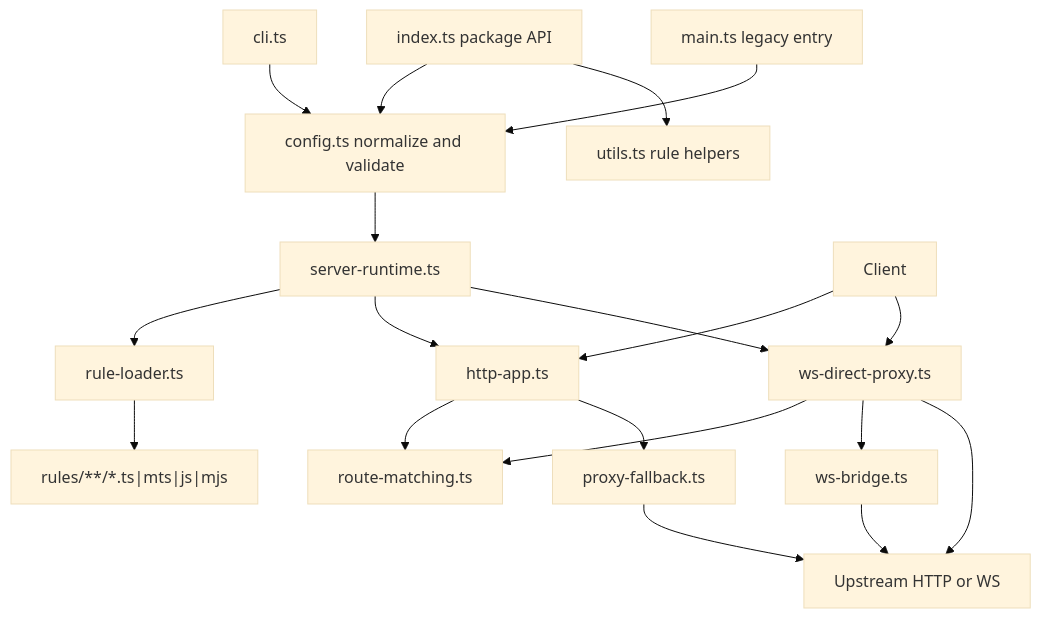
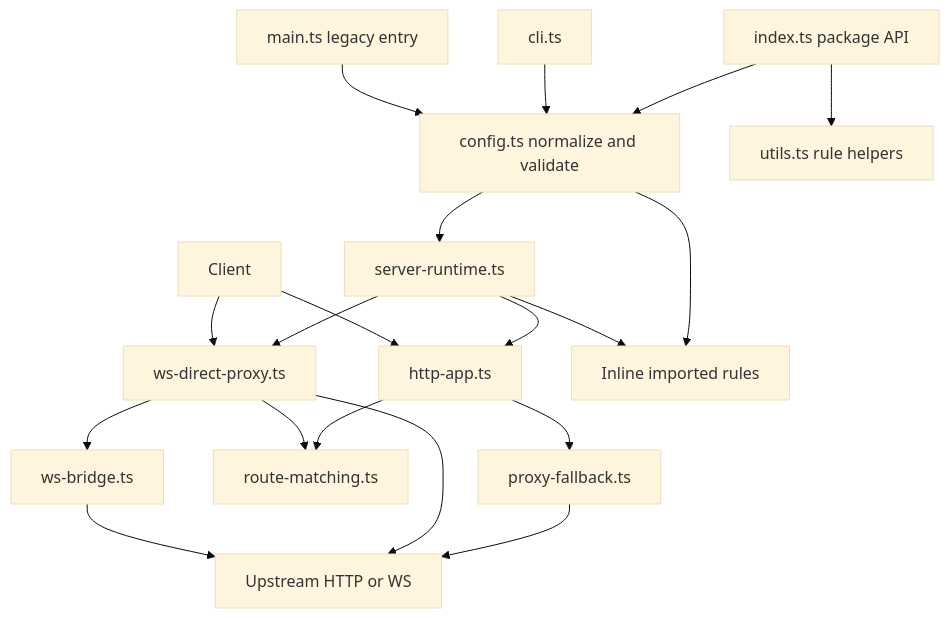
Before and after one commit to crescendolab-open/override-proxy: the first of 3 diagrams in docs/ARCHITECTURE.md, drawn with Mermaid (base theme). The commit also changed other lines of this file and 37 other files, not shown here.

Commit message:
feat: switch to inline config rules

````diff
--- a/docs/ARCHITECTURE.md
+++ b/docs/ARCHITECTURE.md
@@ -7,37 +7,36 @@
 ```mermaid
 flowchart TB
   Index["index.ts package API"]
   CLI["cli.ts"]
   Main["main.ts legacy entry"]
   Config["config.ts normalize and validate"]
   Utils["utils.ts rule helpers"]
   Runtime["server-runtime.ts"]
   HttpApp["http-app.ts"]
-  Loader["rule-loader.ts"]
   DirectWs["ws-direct-proxy.ts"]
   BridgeWs["ws-bridge.ts"]
   Routes["route-matching.ts"]
   Proxy["proxy-fallback.ts"]
-  Rules["rules/**/*.ts|mts|js|mjs"]
+  Rules["Inline imported rules"]
   Upstream["Upstream HTTP or WS"]
   Client["Client"]
 
   Index --> Config
   Index --> Utils
   CLI --> Config
   Main --> Config
   Config --> Runtime
-  Runtime --> Loader
-  Loader --> Rules
+  Config --> Rules
+  Runtime --> Rules
   Runtime --> HttpApp
   Runtime --> DirectWs
   HttpApp --> Routes
   HttpApp --> Proxy
   DirectWs --> Routes
   DirectWs --> BridgeWs
   Proxy --> Upstream
   DirectWs --> Upstream
   BridgeWs --> Upstream
   Client --> HttpApp
   Client --> DirectWs
 ```
````
